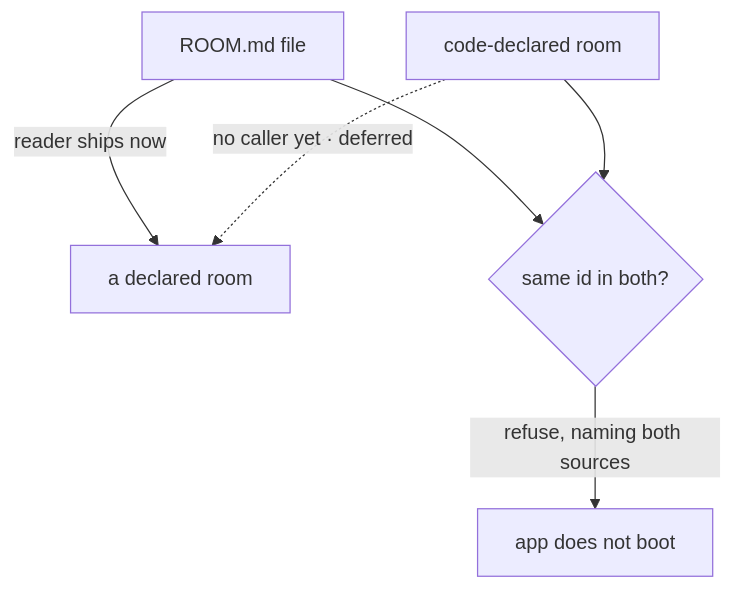
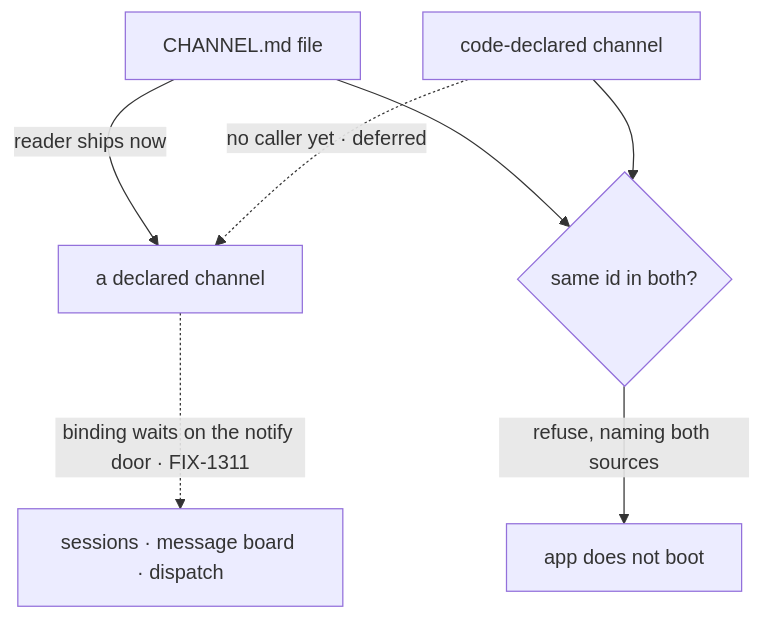
One commit to fixpoint-labs/flow-state-dev changed the third of 3 diagrams in spec/FIX-1352.explainer.md. Above: the diagram before and after it, drawn with Mermaid. The commit also changed other lines of this file and 1 other file, not shown here.

````diff
--- a/spec/FIX-1352.explainer.md
+++ b/spec/FIX-1352.explainer.md
@@ -48,8 +49,9 @@
 ```mermaid
 flowchart TD
-  FILE["ROOM.md file"] -->|"reader ships now"| ROOM["a declared room"]
-  CODED["code-declared room"] -.->|"no caller yet · deferred"| ROOM
+  FILE["CHANNEL.md file"] -->|"reader ships now"| CH["a declared channel"]
+  CODED["code-declared channel"] -.->|"no caller yet · deferred"| CH
   FILE --> DUP{"same id in both?"}
   CODED --> DUP
   DUP -->|"refuse, naming both sources"| STOP["app does not boot"]
+  CH -.->|"binding waits on the notify door · FIX-1311"| BIND["sessions · message board · dispatch"]
 ```
````
